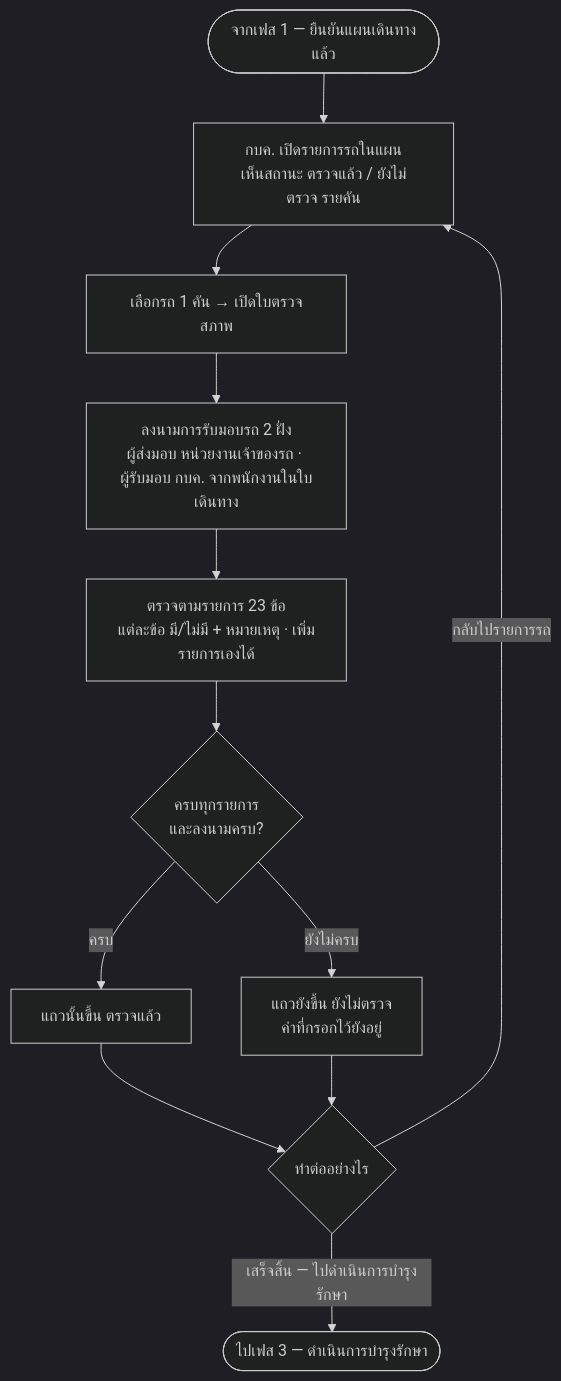
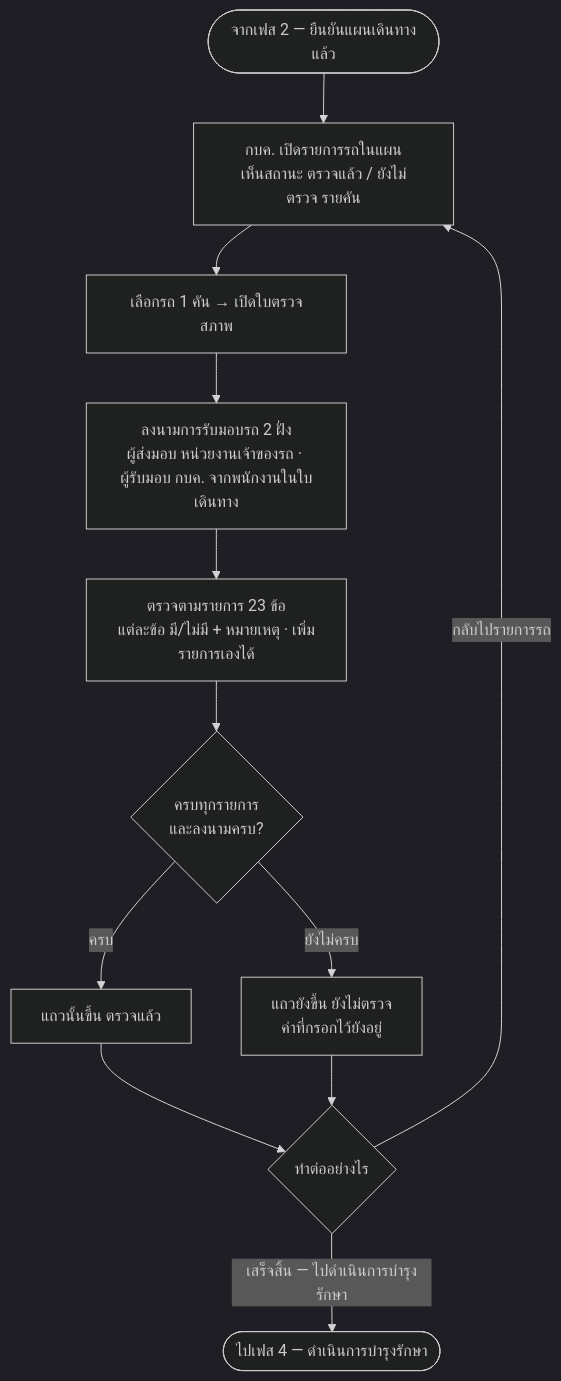
Before and after one commit to anugmail/Maintenance-Request-Form: the first of 2 diagrams in Diagram/01-บำรุงรักษาตามวาระ/04-เฟส3-ตรวจรับ.md, drawn with Mermaid (dark theme). The commit also changed other lines of this file and 18 other files, not shown here.

Commit message:
feat: ปรับการแสดงขั้นตอนของ flow บำรุงรักษา โดยทุกอย่างยังทำงานเหมือนเดิม

````diff
--- a/Diagram/01-บำรุงรักษาตามวาระ/04-เฟส3-ตรวจรับ.md
+++ b/Diagram/01-บำรุงรักษาตามวาระ/04-เฟส3-ตรวจรับ.md
@@ -14,14 +17,14 @@
 ```mermaid
 flowchart TB
-    S([จากเฟส 1 — ยืนยันแผนเดินทางแล้ว]) --> A[กบค. เปิดรายการรถในแผน<br/>เห็นสถานะ ตรวจแล้ว / ยังไม่ตรวจ รายคัน]
+    S([จากเฟส 2 — ยืนยันแผนเดินทางแล้ว]) --> A[กบค. เปิดรายการรถในแผน<br/>เห็นสถานะ ตรวจแล้ว / ยังไม่ตรวจ รายคัน]
     A --> B[เลือกรถ 1 คัน → เปิดใบตรวจสภาพ]
     B --> C[ลงนามการรับมอบรถ 2 ฝั่ง<br/>ผู้ส่งมอบ หน่วยงานเจ้าของรถ · ผู้รับมอบ กบค. จากพนักงานในใบเดินทาง]
     C --> D[ตรวจตามรายการ 23 ข้อ<br/>แต่ละข้อ มี/ไม่มี + หมายเหตุ · เพิ่มรายการเองได้]
     D --> E{ครบทุกรายการ<br/>และลงนามครบ?}
     E -->|ครบ| G[แถวนั้นขึ้น ตรวจแล้ว]
     E -->|ยังไม่ครบ| G2[แถวยังขึ้น ยังไม่ตรวจ<br/>ค่าที่กรอกไว้ยังอยู่]
     G --> H{ทำต่ออย่างไร}
     G2 --> H
     H -->|กลับไปรายการรถ| A
-    H -->|"เสร็จสิ้น — ไปดำเนินการบำรุงรักษา"| Z([ไปเฟส 3 — ดำเนินการบำรุงรักษา])
+    H -->|"เสร็จสิ้น — ไปดำเนินการบำรุงรักษา"| Z([ไปเฟส 4 — ดำเนินการบำรุงรักษา])
 ```
````
